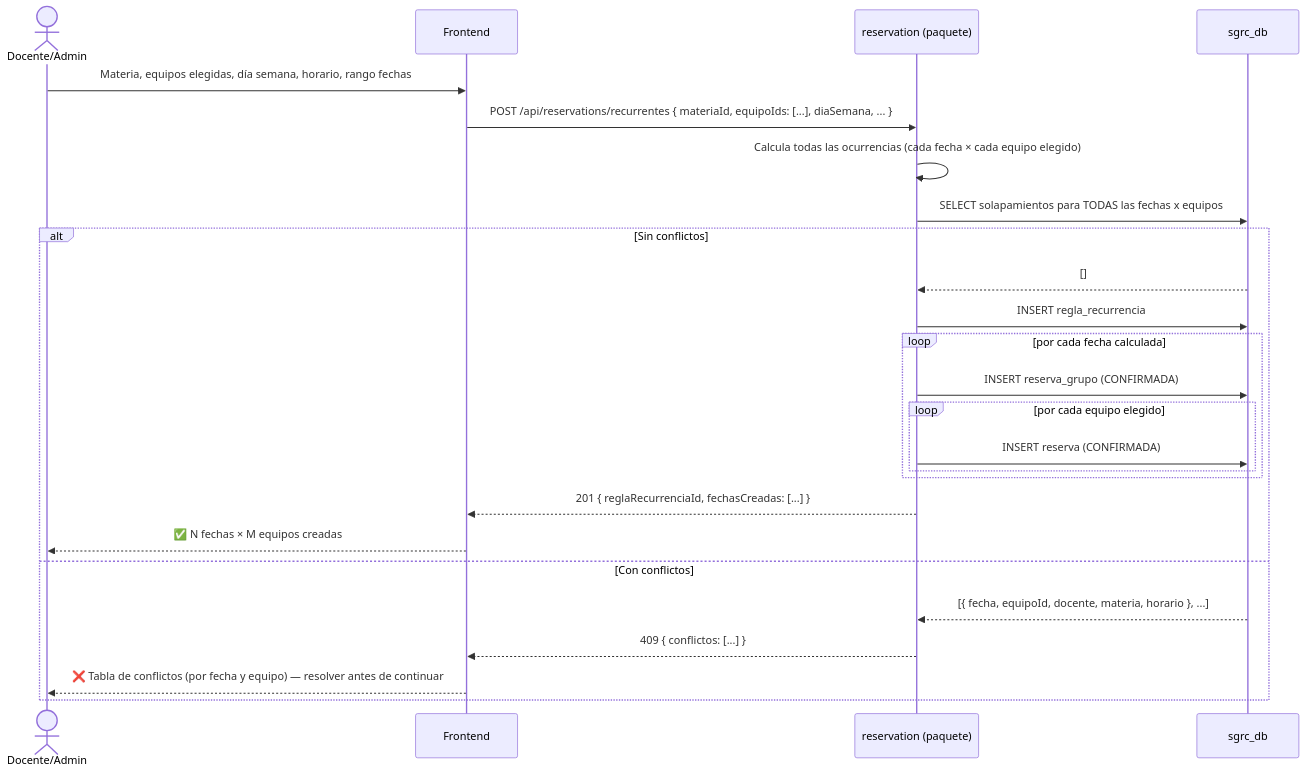
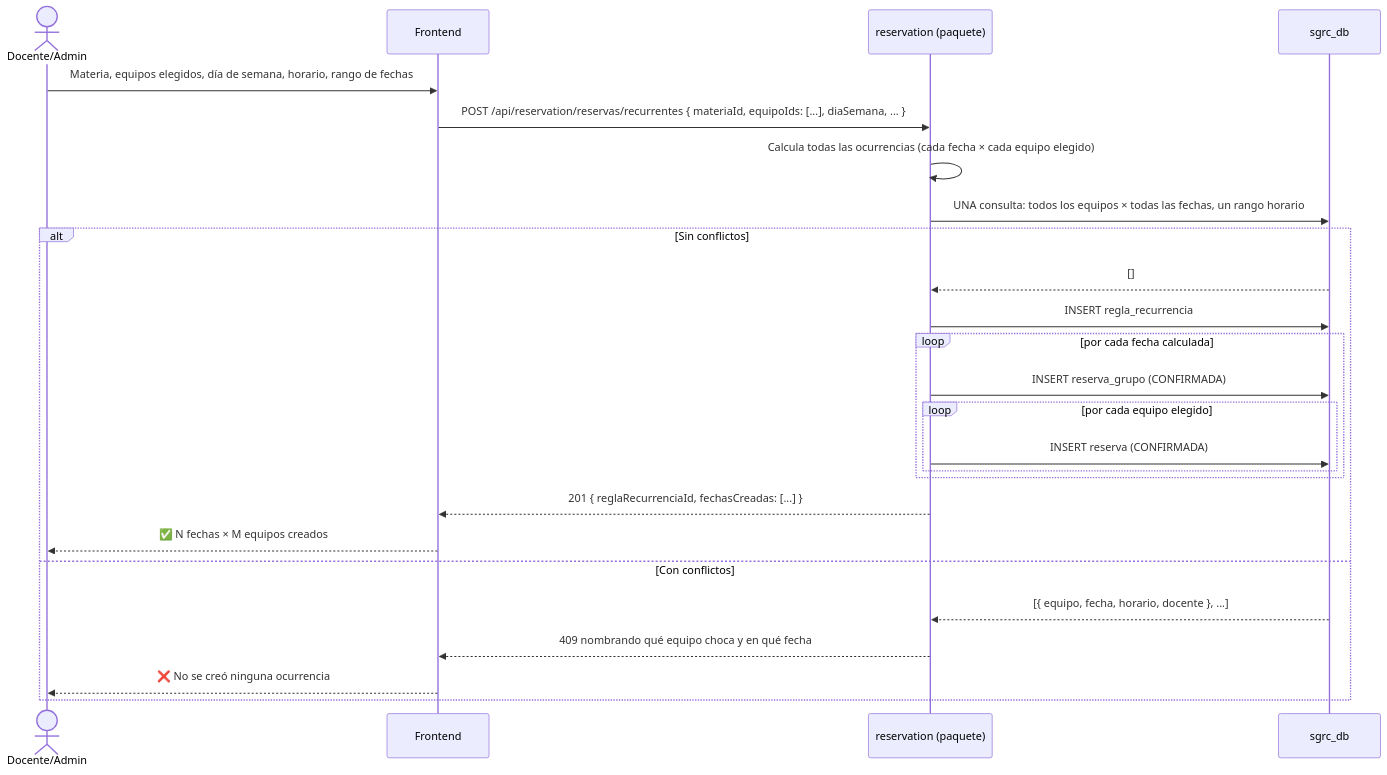
One commit to agustin-y2k/sgrc changed the fifth of 14 diagrams in docs/04-diagramas-secuencia.md. Above: the diagram before and after it, drawn with Mermaid. The commit also changed other lines of this file and 57 other files, not shown here.

````diff
--- a/docs/04-diagramas-secuencia.md
+++ b/docs/04-diagramas-secuencia.md
@@ -128,28 +164,28 @@
 ```mermaid
 sequenceDiagram
     actor U as Docente/Admin
     participant FE as Frontend
     participant RES as reservation (paquete)
     participant DB as sgrc_db
 
-    U->>FE: Materia, equipos elegidas, día semana, horario, rango fechas
-    FE->>RES: POST /api/reservations/recurrentes { materiaId, equipoIds: [...], diaSemana, ... }
+    U->>FE: Materia, equipos elegidos, día de semana, horario, rango de fechas
+    FE->>RES: POST /api/reservation/reservas/recurrentes { materiaId, equipoIds: [...], diaSemana, ... }
     RES->>RES: Calcula todas las ocurrencias (cada fecha × cada equipo elegido)
-    RES->>DB: SELECT solapamientos para TODAS las fechas x equipos
+    RES->>DB: UNA consulta: todos los equipos × todas las fechas, un rango horario
     alt Sin conflictos
         DB-->>RES: []
         RES->>DB: INSERT regla_recurrencia
         loop por cada fecha calculada
             RES->>DB: INSERT reserva_grupo (CONFIRMADA)
             loop por cada equipo elegido
                 RES->>DB: INSERT reserva (CONFIRMADA)
             end
         end
         RES-->>FE: 201 { reglaRecurrenciaId, fechasCreadas: [...] }
-        FE-->>U: ✅ N fechas × M equipos creadas
+        FE-->>U: ✅ N fechas × M equipos creados
     else Con conflictos
-        DB-->>RES: [{ fecha, equipoId, docente, materia, horario }, ...]
-        RES-->>FE: 409 { conflictos: [...] }
-        FE-->>U: ❌ Tabla de conflictos (por fecha y equipo) — resolver antes de continuar
+        DB-->>RES: [{ equipo, fecha, horario, docente }, ...]
+        RES-->>FE: 409 nombrando qué equipo choca y en qué fecha
+        FE-->>U: ❌ No se creó ninguna ocurrencia
     end
 ```
````
